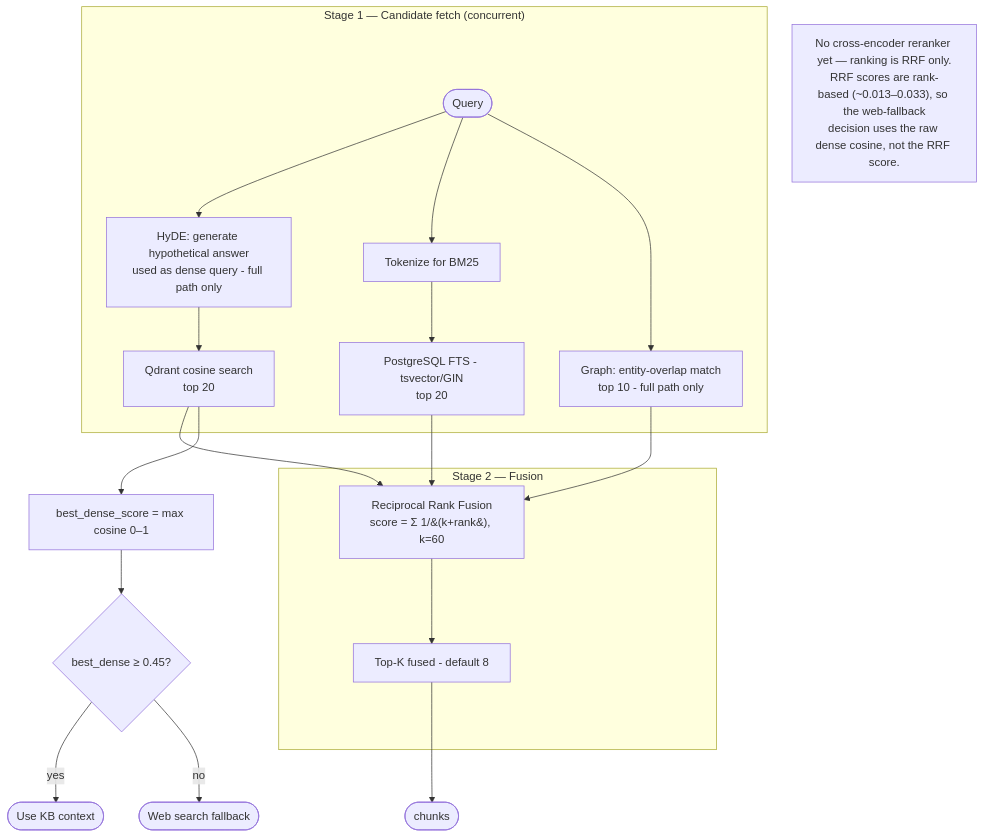
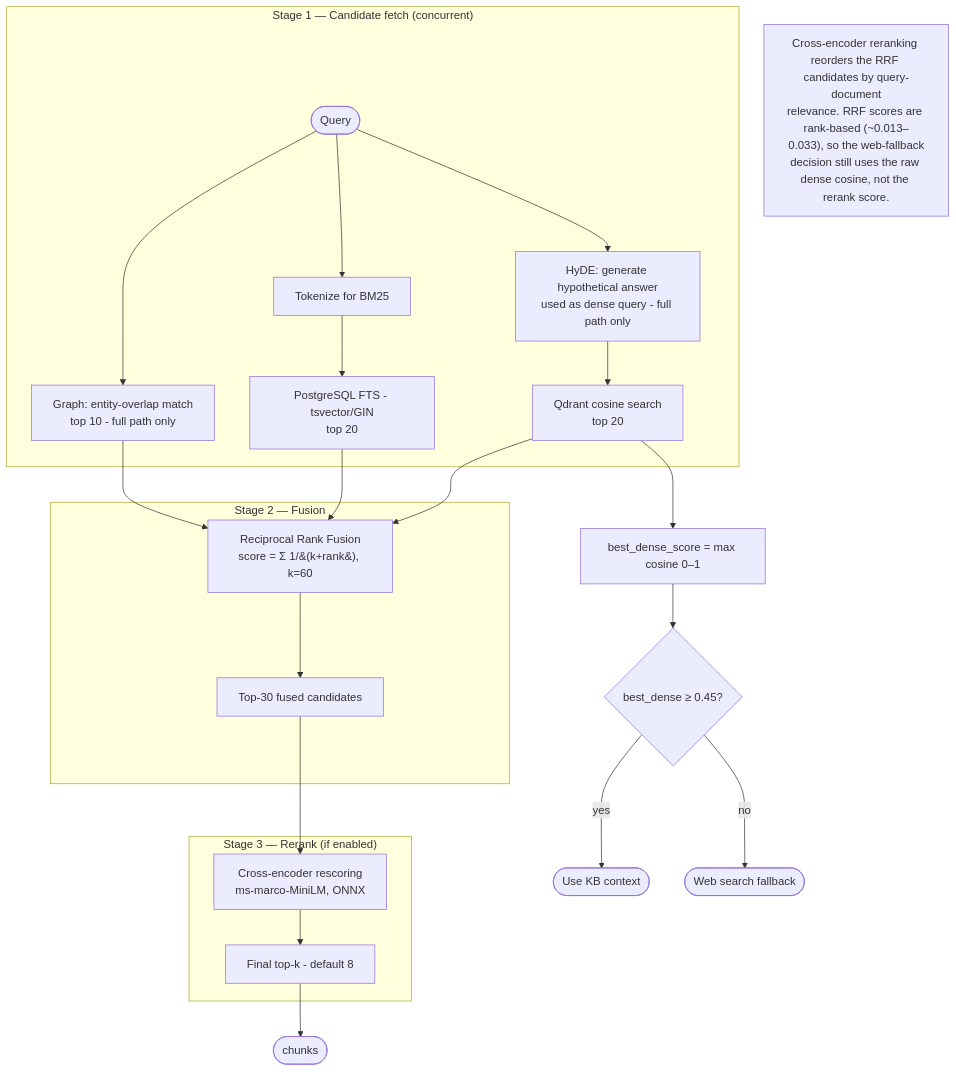
One commit to anuragchaubey1224/Verity changed the third of 7 diagrams in Architecture/FLOW_DIAGRAM.md. Above: the diagram before and after it, drawn with Mermaid. The commit also changed other lines of this file and 1 other file, not shown here.

Commit message:
docs: reconcile README + flow diagrams with reranker and eval
Cross-encoder reranking and the LLM-as-judge eval harness are now implemented,
so move them out of the Roadmap into the real Tech Stack / Features / Evaluation
sections and the retrieval flow diagrams (new rerank stage). Roadmap now lists
only what's genuinely pending (semantic chunking, full-pipeline tracing,
graph-on-by-default). Add a pointer to DEPLOYMENT.md for free-tier cloud deploy.

````diff
--- a/Architecture/FLOW_DIAGRAM.md
+++ b/Architecture/FLOW_DIAGRAM.md
@@ -76,26 +76,31 @@
 ```mermaid
 flowchart TD
     A([Query]) --> HY[HyDE: generate hypothetical answer<br/>used as dense query - full path only]
     A --> SP[Tokenize for BM25]
 
     subgraph Stage1["Stage 1 — Candidate fetch (concurrent)"]
         HY --> D[Qdrant cosine search<br/>top 20]
         SP --> S[PostgreSQL FTS - tsvector/GIN<br/>top 20]
         A --> GR[Graph: entity-overlap match<br/>top 10 - full path only]
     end
 
     subgraph Stage2["Stage 2 — Fusion"]
         D --> RRF[Reciprocal Rank Fusion<br/>score = Σ 1/&#40;k+rank&#41;, k=60]
         S --> RRF
         GR --> RRF
-        RRF --> TOP[Top-K fused - default 8]
+        RRF --> CAND[Top-30 fused candidates]
+    end
+
+    subgraph Stage3["Stage 3 — Rerank (if enabled)"]
+        CAND --> CE[Cross-encoder rescoring<br/>ms-marco-MiniLM, ONNX]
+        CE --> TOP[Final top-k - default 8]
     end
 
     D --> BD[best_dense_score = max cosine 0–1]
     TOP --> OUT([chunks])
     BD --> THR{best_dense ≥ 0.45?}
     THR -->|yes| USE([Use KB context])
     THR -->|no| FALL([Web search fallback])
 
-    note["No cross-encoder reranker yet — ranking is RRF only.<br/>RRF scores are rank-based (~0.013–0.033), so the web-fallback<br/>decision uses the raw dense cosine, not the RRF score."]
+    note["Cross-encoder reranking reorders the RRF candidates by query-document<br/>relevance. RRF scores are rank-based (~0.013–0.033), so the web-fallback<br/>decision still uses the raw dense cosine, not the rerank score."]
 ```
````
